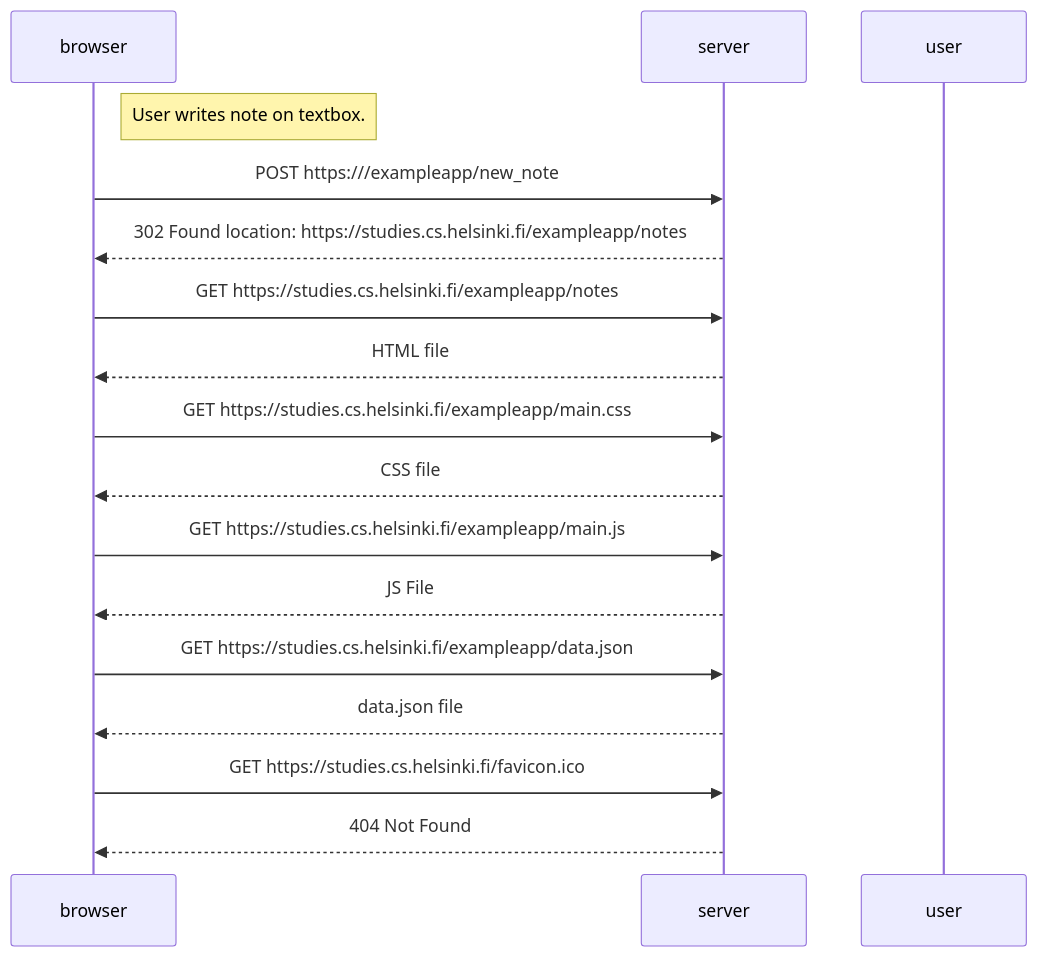
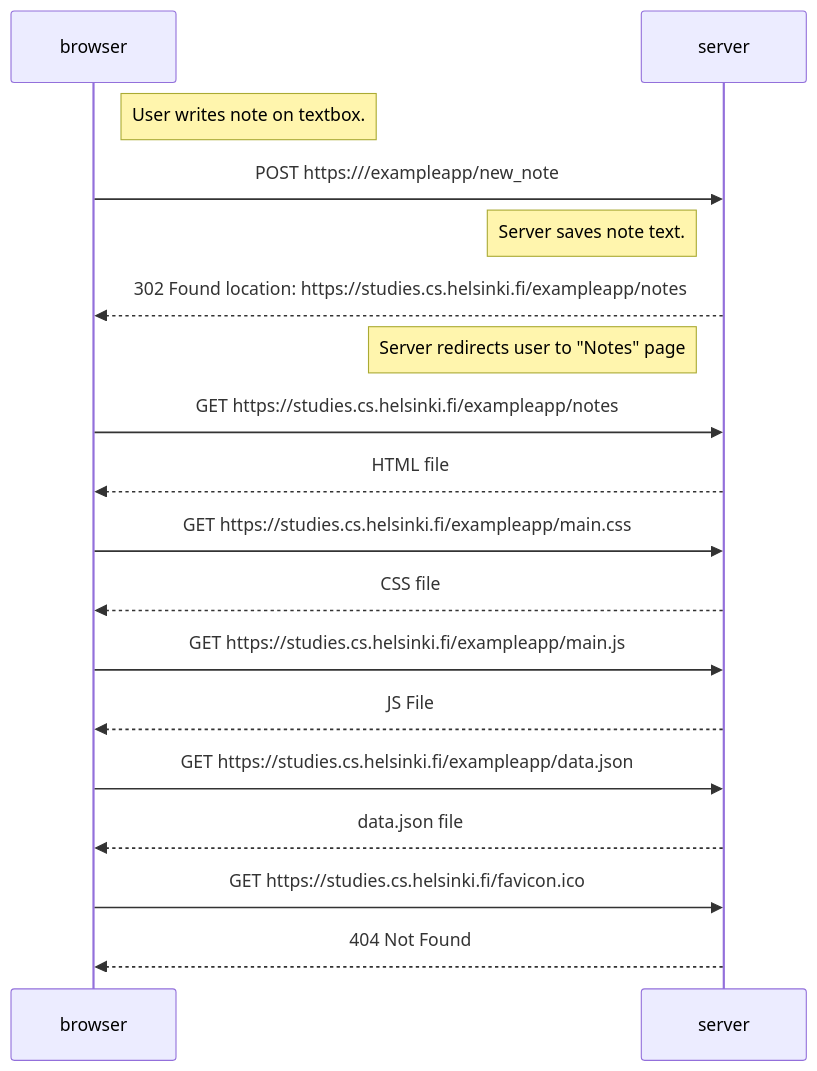
One commit to JorgeEncinas/full_stack_open_2023 changed the diagram in part0/0.4_newnote.md. Above: the diagram before and after it, drawn with Mermaid. The commit also changed 23 other files, not shown here.

````diff
--- a/part0/0.4_newnote.md
+++ b/part0/0.4_newnote.md
@@ -1,20 +1,21 @@
 ```mermaid
     sequenceDiagram
         participant browser
         participant server
-        participant user
 
         Note right of browser: User writes note on textbox.
         browser->>server: POST https:///exampleapp/new_note
+        Note left of server: Server saves note text.
         server-->>browser: 302 Found location: https://studies.cs.helsinki.fi/exampleapp/notes
+        Note left of server: Server redirects user to "Notes" page
         browser->>server: GET https://studies.cs.helsinki.fi/exampleapp/notes
         server-->>browser: HTML file
         browser->>server: GET https://studies.cs.helsinki.fi/exampleapp/main.css
         server-->>browser: CSS file
         browser->>server: GET https://studies.cs.helsinki.fi/exampleapp/main.js
         server-->>browser: JS File
         browser->>server: GET https://studies.cs.helsinki.fi/exampleapp/data.json
         server-->>browser: data.json file
         browser->>server: GET https://studies.cs.helsinki.fi/favicon.ico
         server-->>browser: 404 Not Found
 ```
````
